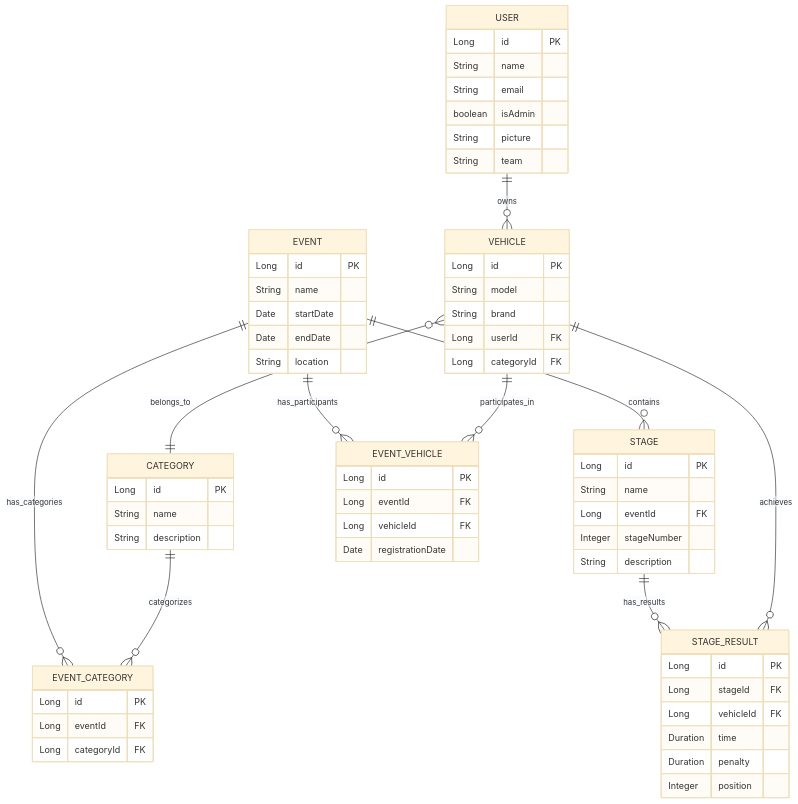
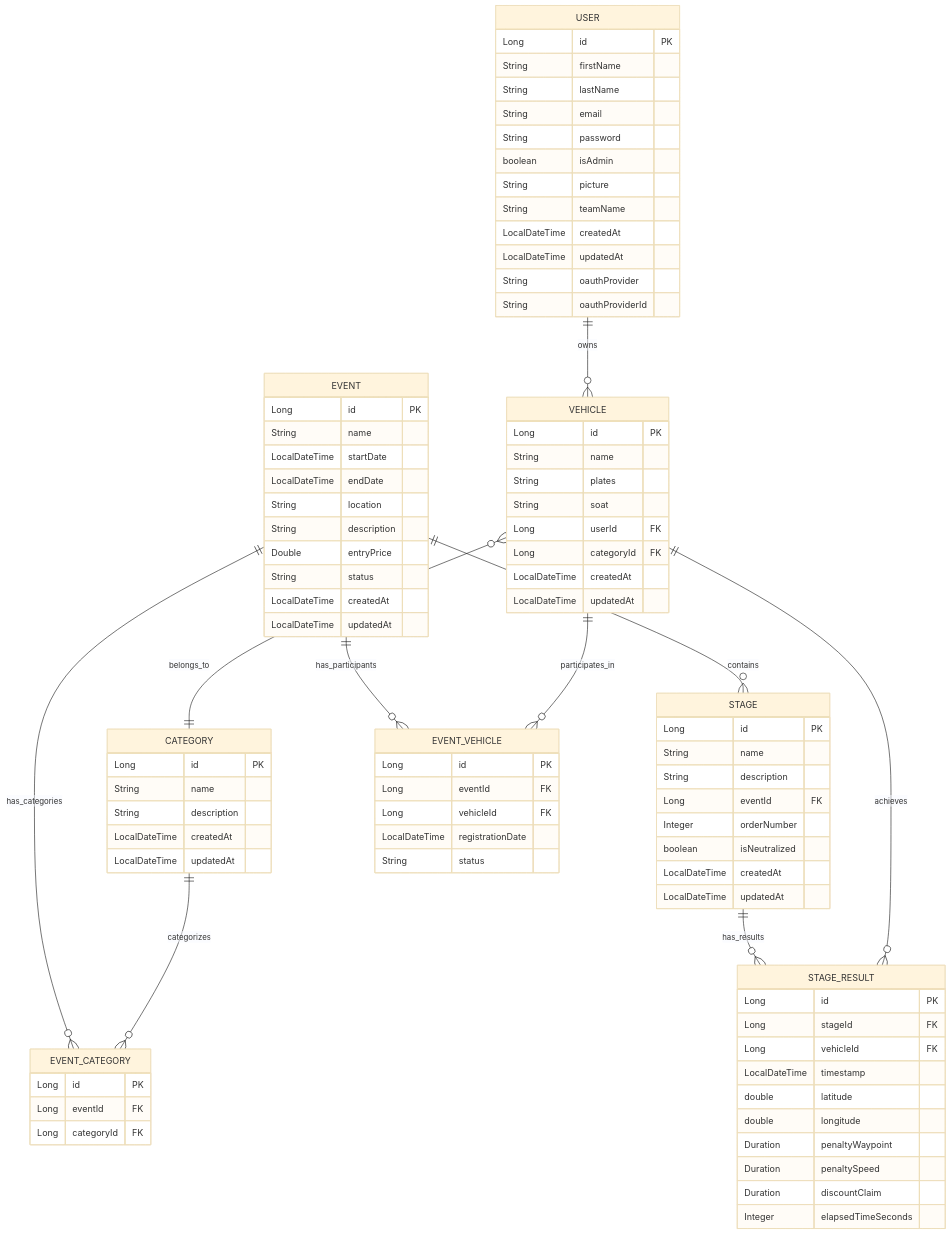
One commit to GPX-PI/GPX-Back changed the diagram in diagrams/03-modelo-datos.mmd. Above: the diagram before and after it, drawn with Mermaid (base theme). The commit also changed 89 other files, not shown here.

```diff
--- a/diagrams/03-modelo-datos.mmd
+++ b/diagrams/03-modelo-datos.mmd
@@ -1,71 +1,95 @@
 erDiagram
     USER {
         Long id PK
-        String name
+        String firstName
+        String lastName
         String email
+        String password
         boolean isAdmin
         String picture
-        String team
+        String teamName
+        LocalDateTime createdAt
+        LocalDateTime updatedAt
+        String oauthProvider
+        String oauthProviderId
     }
     
     VEHICLE {
         Long id PK
-        String model
-        String brand
+        String name
+        String plates
+        String soat
         Long userId FK
         Long categoryId FK
+        LocalDateTime createdAt
+        LocalDateTime updatedAt
     }
     
     EVENT {
         Long id PK
         String name
-        Date startDate
-        Date endDate
+        LocalDateTime startDate
+        LocalDateTime endDate
         String location
+        String description
+        Double entryPrice
+        String status
+        LocalDateTime createdAt
+        LocalDateTime updatedAt
     }
     
     STAGE {
         Long id PK
         String name
+        String description
         Long eventId FK
-        Integer stageNumber
-        String description
+        Integer orderNumber
+        boolean isNeutralized
+        LocalDateTime createdAt
+        LocalDateTime updatedAt
     }
     
     CATEGORY {
         Long id PK
         String name
         String description
+        LocalDateTime createdAt
+        LocalDateTime updatedAt
     }
     
     EVENT_VEHICLE {
         Long id PK
         Long eventId FK
         Long vehicleId FK
-        Date registrationDate
+        LocalDateTime registrationDate
+        String status
     }
     
     EVENT_CATEGORY {
         Long id PK
         Long eventId FK
         Long categoryId FK
     }
     
     STAGE_RESULT {
         Long id PK
         Long stageId FK
         Long vehicleId FK
-        Duration time
-        Duration penalty
-        Integer position
+        LocalDateTime timestamp
+        double latitude
+        double longitude
+        Duration penaltyWaypoint
+        Duration penaltySpeed
+        Duration discountClaim
+        Integer elapsedTimeSeconds
     }
     
-    USER ||--o{ VEHICLE : owns
-    VEHICLE }o--|| CATEGORY : belongs_to
-    EVENT ||--o{ STAGE : contains
-    EVENT ||--o{ EVENT_VEHICLE : has_participants
-    EVENT ||--o{ EVENT_CATEGORY : has_categories
-    VEHICLE ||--o{ EVENT_VEHICLE : participates_in
-    CATEGORY ||--o{ EVENT_CATEGORY : categorizes
-    STAGE ||--o{ STAGE_RESULT : has_results
-    VEHICLE ||--o{ STAGE_RESULT : achieves 
+    USER ||--o{ VEHICLE : "owns"
+    VEHICLE }o--|| CATEGORY : "belongs_to"
+    EVENT ||--o{ STAGE : "contains"
+    EVENT ||--o{ EVENT_VEHICLE : "has_participants"
+    EVENT ||--o{ EVENT_CATEGORY : "has_categories"
+    VEHICLE ||--o{ EVENT_VEHICLE : "participates_in"
+    CATEGORY ||--o{ EVENT_CATEGORY : "categorizes"
+    STAGE ||--o{ STAGE_RESULT : "has_results"
+    VEHICLE ||--o{ STAGE_RESULT : "achieves" 
```
